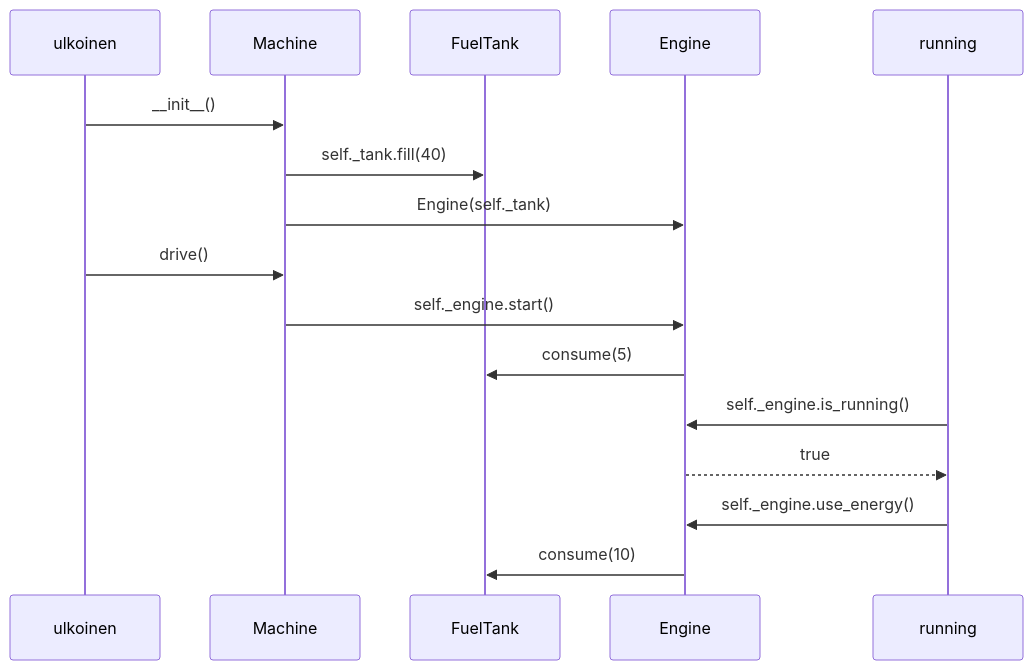
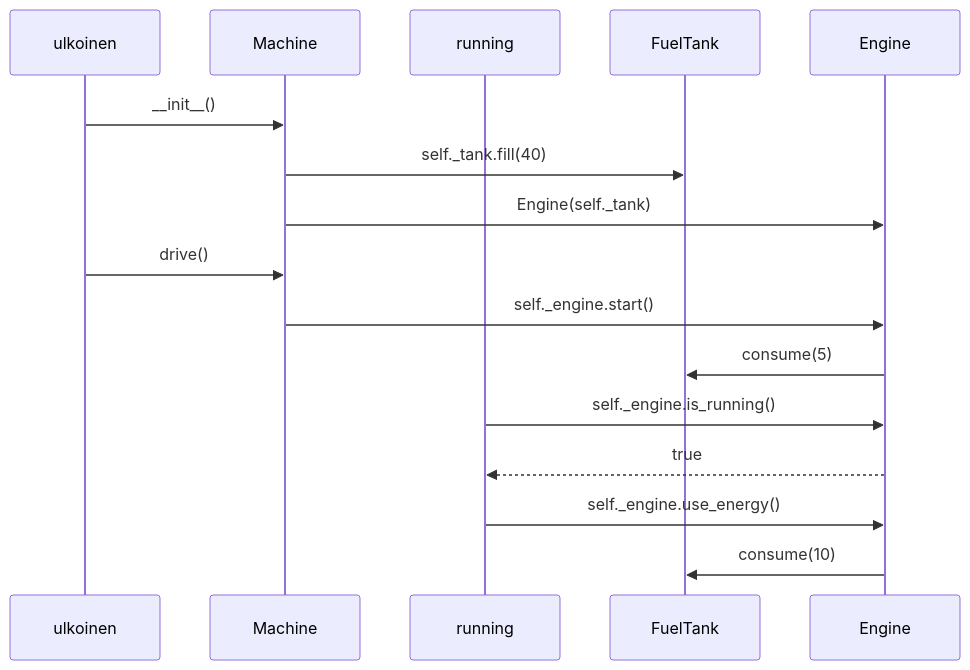
Before and after one commit to tapsamies/ot-harjoitustyo: the diagram in laskarit/viikko3/t3.md, drawn with Mermaid.

````diff
--- a/laskarit/viikko3/t3.md
+++ b/laskarit/viikko3/t3.md
@@ -1,19 +1,21 @@
 ```mermaid
 sequenceDiagram
 	participant ulkoinen
 	participant Machine
+	participant running
 	participant FuelTank
 	participant Engine
-	participant running
+
 	
 	ulkoinen ->> Machine: __init__()
 	Machine ->> FuelTank: self._tank.fill(40)
 	Machine ->> Engine: Engine(self._tank)
 	ulkoinen ->> Machine: drive()
 	Machine ->> Engine: self._engine.start()
 	Engine ->> FuelTank: consume(5)
 	running ->> Engine: self._engine.is_running()
 	Engine -->> running: true
 	running ->> Engine: self._engine.use_energy()
 	Engine ->> FuelTank: consume(10)
+
 ```
````
